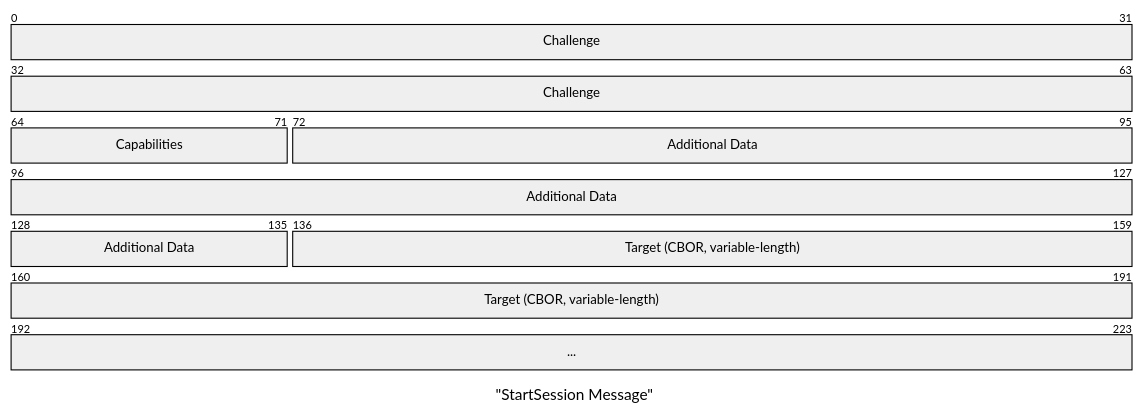
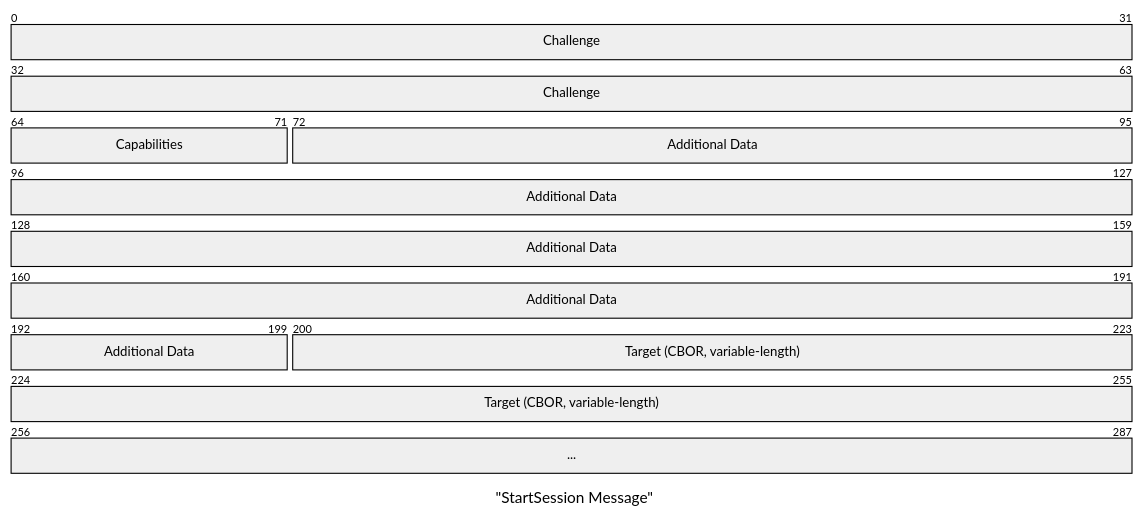
The second of 13 diagrams in rfcs/RFC-0009-session-start-protocol/0009-session-start-protocol.md (hoprnet/rfc), drawn with Mermaid (neutral theme) before and after one commit. The commit also changed other lines of this file, not shown here.

````diff
--- a/rfcs/RFC-0009-session-start-protocol/0009-session-start-protocol.md
+++ b/rfcs/RFC-0009-session-start-protocol/0009-session-start-protocol.md
@@ -150,9 +151,9 @@
 ```mermaid
 packet
 title "StartSession Message"
 +64: "Challenge"
 +8: "Capabilities"
-+64: "Additional Data"
++128: "Additional Data"
 +56: "Target (CBOR, variable-length)"
 +32: "..."
 ```
````
